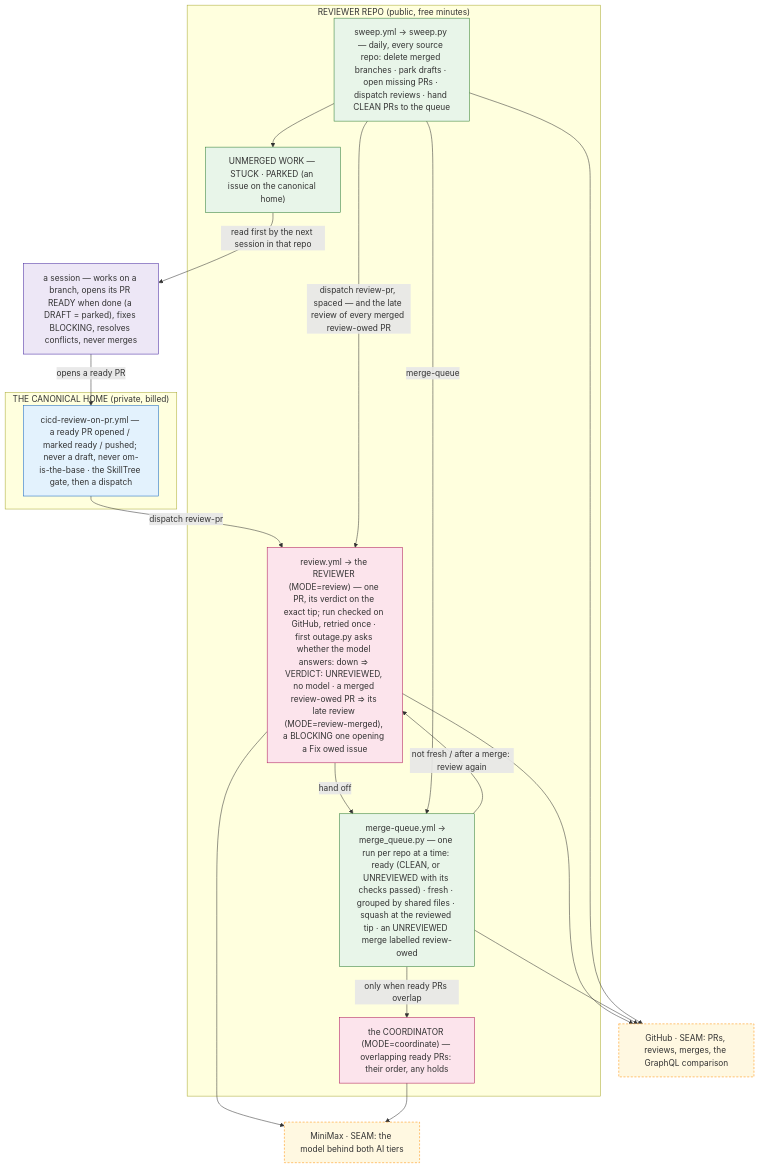
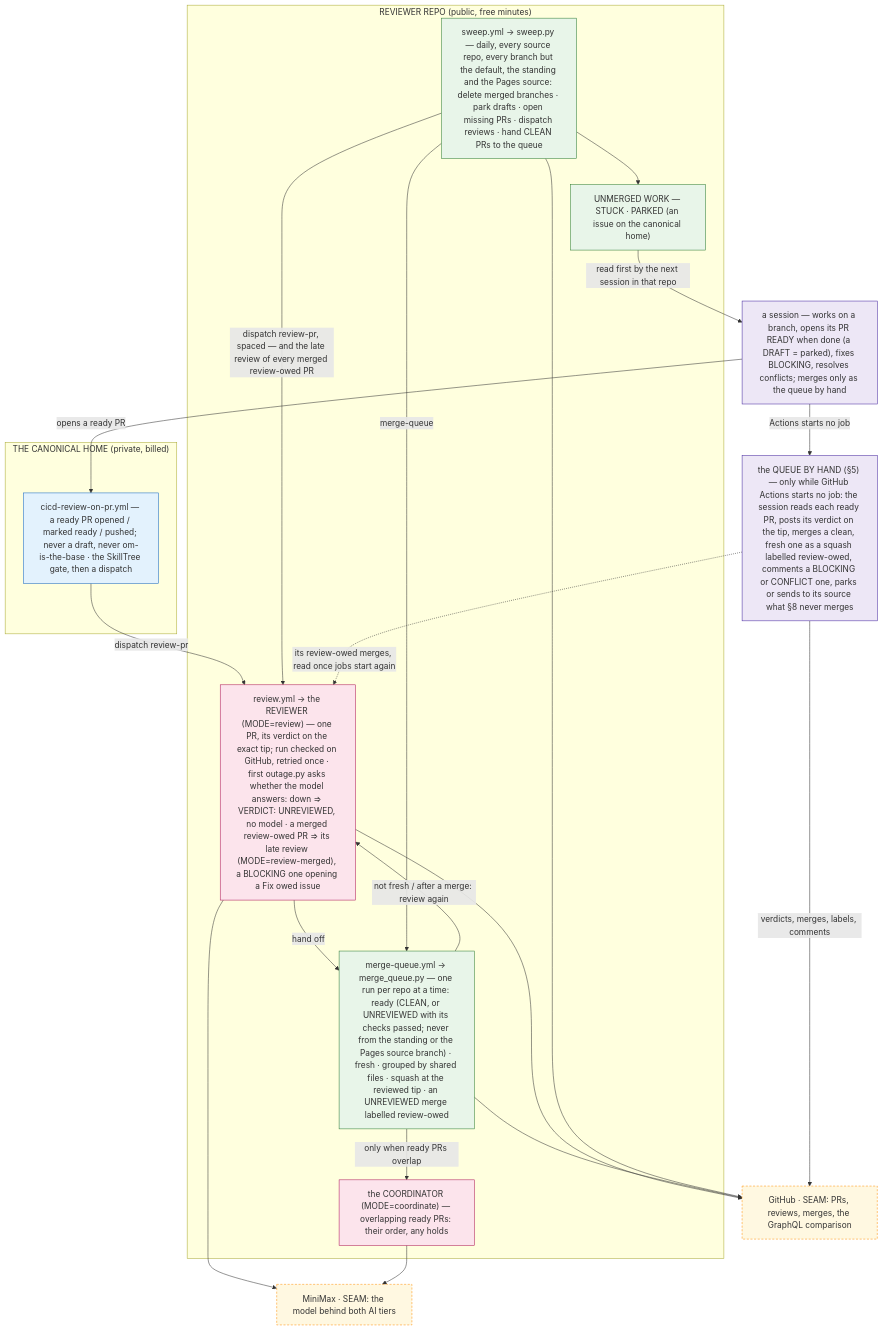
One commit to sancovp/cicd-reviewer changed the diagram in .claude/rules/21-architecture-diagrams.md. Above: the diagram before and after it, drawn with Mermaid. The commit also changed 10 other files, not shown here.

````diff
--- a/.claude/rules/21-architecture-diagrams.md
+++ b/.claude/rules/21-architecture-diagrams.md
@@ -10,37 +10,41 @@
 ```mermaid
 flowchart TB
   classDef session fill:#ede7f6,stroke:#4527a0;
   classDef trig fill:#e3f2fd,stroke:#1565c0;
   classDef ai fill:#fce4ec,stroke:#ad1457;
   classDef det fill:#e8f5e9,stroke:#2e7d32;
   classDef dep fill:#fff8e1,stroke:#ff8f00,stroke-dasharray:4 3;
 
-  SESSION["a session — works on a branch, opens its PR READY when done (a DRAFT = parked), fixes BLOCKING, resolves conflicts, never merges"]:::session
+  SESSION["a session — works on a branch, opens its PR READY when done (a DRAFT = parked), fixes BLOCKING, resolves conflicts; merges only as the queue by hand"]:::session
+  BYHAND["the QUEUE BY HAND (§5) — only while GitHub Actions starts no job: the session reads each ready PR, posts its verdict on the tip, merges a clean, fresh one as a squash labelled review-owed, comments a BLOCKING or CONFLICT one, parks or sends to its source what §8 never merges"]:::session
   subgraph HOME["THE CANONICAL HOME (private, billed)"]
     TRIG["cicd-review-on-pr.yml — a ready PR opened / marked ready / pushed; never a draft, never om-is-the-base · the SkillTree gate, then a dispatch"]:::trig
   end
   subgraph REV["REVIEWER REPO (public, free minutes)"]
     REVIEW["review.yml → the REVIEWER (MODE=review) — one PR, its verdict on the exact tip; run checked on GitHub, retried once · first outage.py asks whether the model answers: down ⇒ VERDICT: UNREVIEWED, no model · a merged review-owed PR ⇒ its late review (MODE=review-merged), a BLOCKING one opening a Fix owed issue"]:::ai
-    QUEUE["merge-queue.yml → merge_queue.py — one run per repo at a time: ready (CLEAN, or UNREVIEWED with its checks passed) · fresh · grouped by shared files · squash at the reviewed tip · an UNREVIEWED merge labelled review-owed"]:::det
+    QUEUE["merge-queue.yml → merge_queue.py — one run per repo at a time: ready (CLEAN, or UNREVIEWED with its checks passed; never from the standing or the Pages source branch) · fresh · grouped by shared files · squash at the reviewed tip · an UNREVIEWED merge labelled review-owed"]:::det
     COORD["the COORDINATOR (MODE=coordinate) — overlapping ready PRs: their order, any holds"]:::ai
-    SWEEP["sweep.yml → sweep.py — daily, every source repo: delete merged branches · park drafts · open missing PRs · dispatch reviews · hand CLEAN PRs to the queue"]:::det
+    SWEEP["sweep.yml → sweep.py — daily, every source repo, every branch but the default, the standing and the Pages source: delete merged branches · park drafts · open missing PRs · dispatch reviews · hand CLEAN PRs to the queue"]:::det
     ISSUE["UNMERGED WORK — STUCK · PARKED (an issue on the canonical home)"]:::det
   end
   GH["GitHub · SEAM: PRs, reviews, merges, the GraphQL comparison"]:::dep
   MODEL["MiniMax · SEAM: the model behind both AI tiers"]:::dep
 
   SESSION -->|"opens a ready PR"| TRIG
   TRIG -->|"dispatch review-pr"| REVIEW
   REVIEW -->|"hand off"| QUEUE
   QUEUE -->|"only when ready PRs overlap"| COORD
   QUEUE -->|"not fresh / after a merge: review again"| REVIEW
   SWEEP -->|"dispatch review-pr, spaced — and the late review of every merged review-owed PR"| REVIEW
   SWEEP -->|"merge-queue"| QUEUE
   SWEEP --> ISSUE
   ISSUE -->|"read first by the next session in that repo"| SESSION
   REVIEW --> GH
   QUEUE --> GH
   SWEEP --> GH
   REVIEW --> MODEL
   COORD --> MODEL
+  SESSION -->|"Actions starts no job"| BYHAND
+  BYHAND -->|"verdicts, merges, labels, comments"| GH
+  BYHAND -.->|"its review-owed merges, read once jobs start again"| REVIEW
 ```
````
